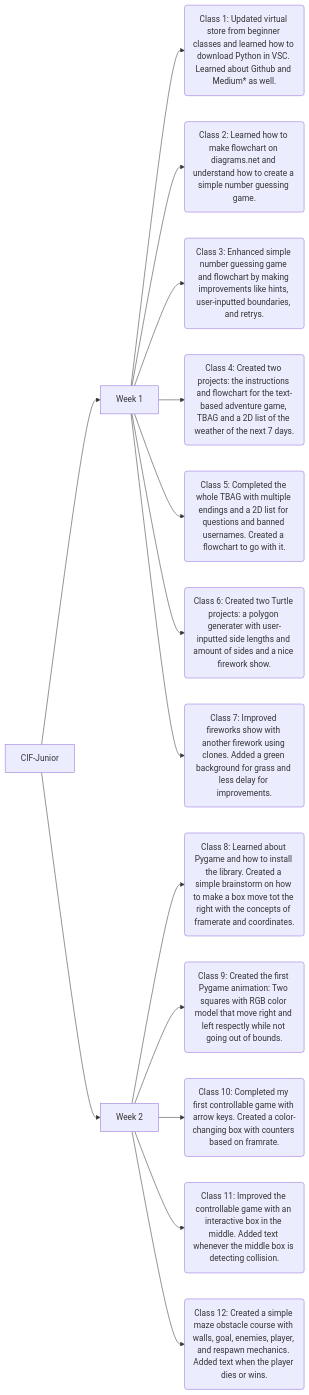
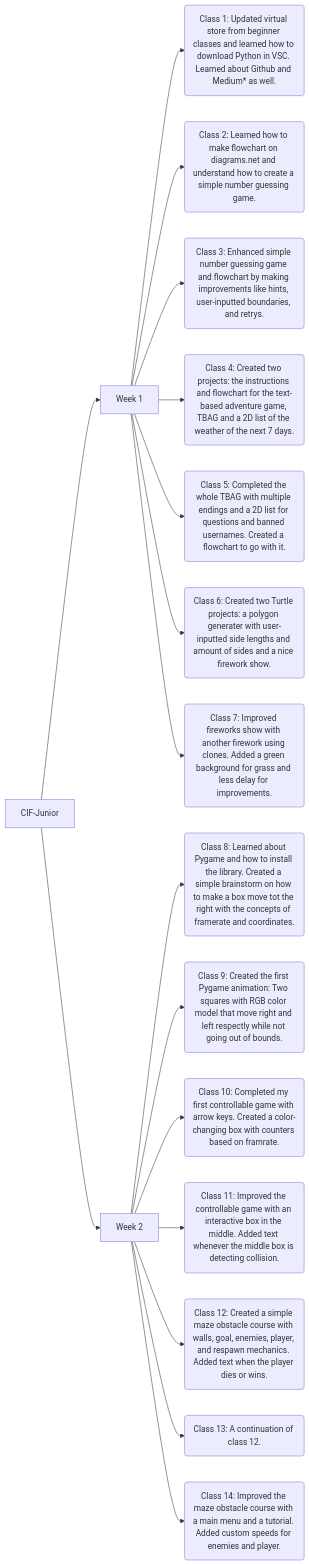
Before and after one commit to deoclabber/CIF-Junior: the diagram in README.md, drawn with Mermaid. The commit also changed other lines of this file, not shown here.

Commit message:
Fix formatting and improve README content clarity

````diff
--- a/README.md
+++ b/README.md
@@ -10,18 +10,20 @@
 ```mermaid
 graph LR;
   A[CIF-Junior] --> B[Week 1];
   A --> C[Week 2];
   B --> F(Class 1: Updated virtual store from beginner classes and learned how to download Python in VSC. Learned about Github and Medium* as well.);
   B --> G(Class 2: Learned how to make flowchart on diagrams.net and understand how to create a simple number guessing game.);
   B --> H(Class 3: Enhanced simple number guessing game and flowchart by making improvements like hints, user-inputted boundaries, and retrys.);
   B --> I(Class 4: Created two projects: the instructions and flowchart for the text-based adventure game, TBAG and a 2D list of the weather of the next 7 days.);
   B --> J(Class 5: Completed the whole TBAG with multiple endings and a 2D list for questions and banned usernames. Created a flowchart to go with it.);
   B --> K(Class 6: Created two Turtle projects: a polygon generater with user-inputted side lengths and amount of sides and a nice firework show.);
   B --> L(Class 7: Improved fireworks show with another firework using clones. Added a green background for grass and less delay for improvements.);
 
   C --> M(Class 8: Learned about Pygame and how to install the library. Created a simple brainstorm on how to make a box move tot the right with the concepts of framerate and coordinates.);
   C --> N(Class 9: Created the first Pygame animation: Two squares with RGB color model that move right and left respectly while not going out of bounds.);
   C --> O(Class 10: Completed my first controllable game with arrow keys. Created a color-changing box with counters based on framrate.);
   C --> Q(Class 11: Improved the controllable game with an interactive box in the middle. Added text whenever the middle box is detecting collision.);
-  C -->R(Class 12: Created a simple maze obstacle course with walls, goal, enemies, player, and respawn mechanics. Added text when the player dies or wins.);
+  C --> R(Class 12: Created a simple maze obstacle course with walls, goal, enemies, player, and respawn mechanics. Added text when the player dies or wins.);
+C --> S(Class 13: A continuation of class 12.);
+  C-->     T(Class 14: Improved the maze obstacle course with a main menu and a tutorial. Added custom speeds for enemies and player.);
 ```
````
